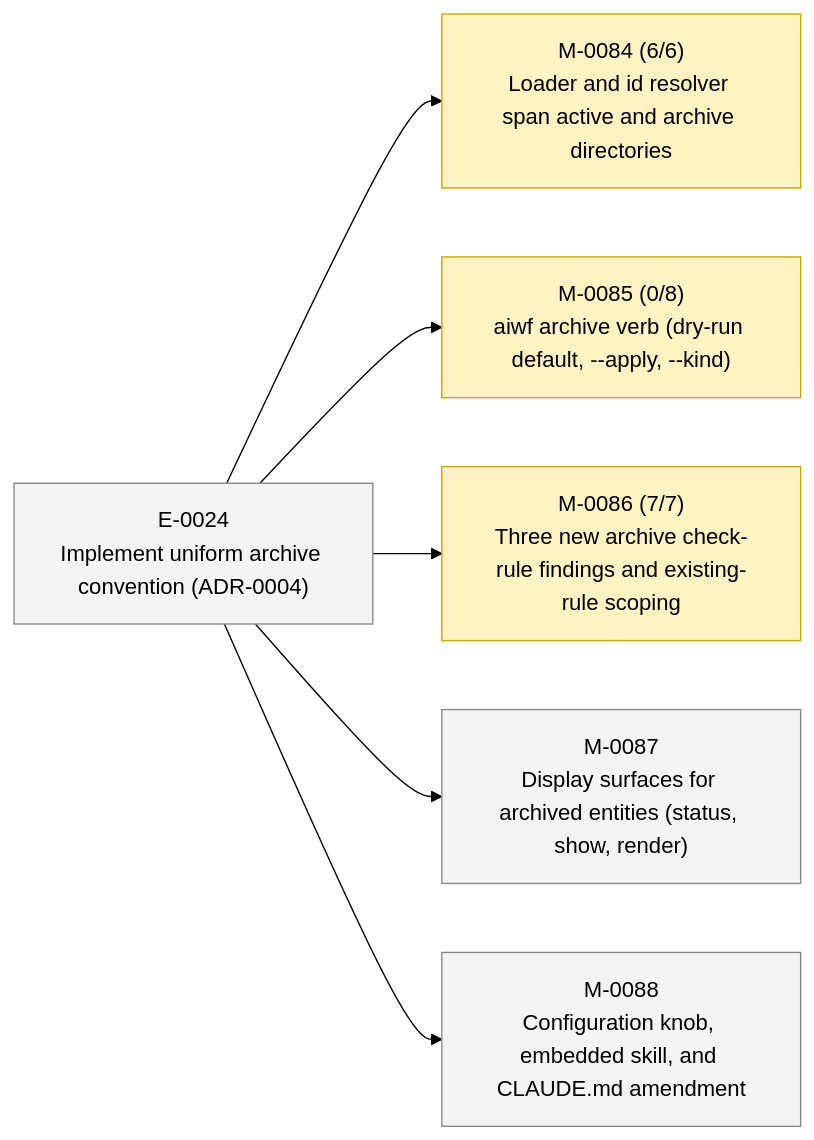
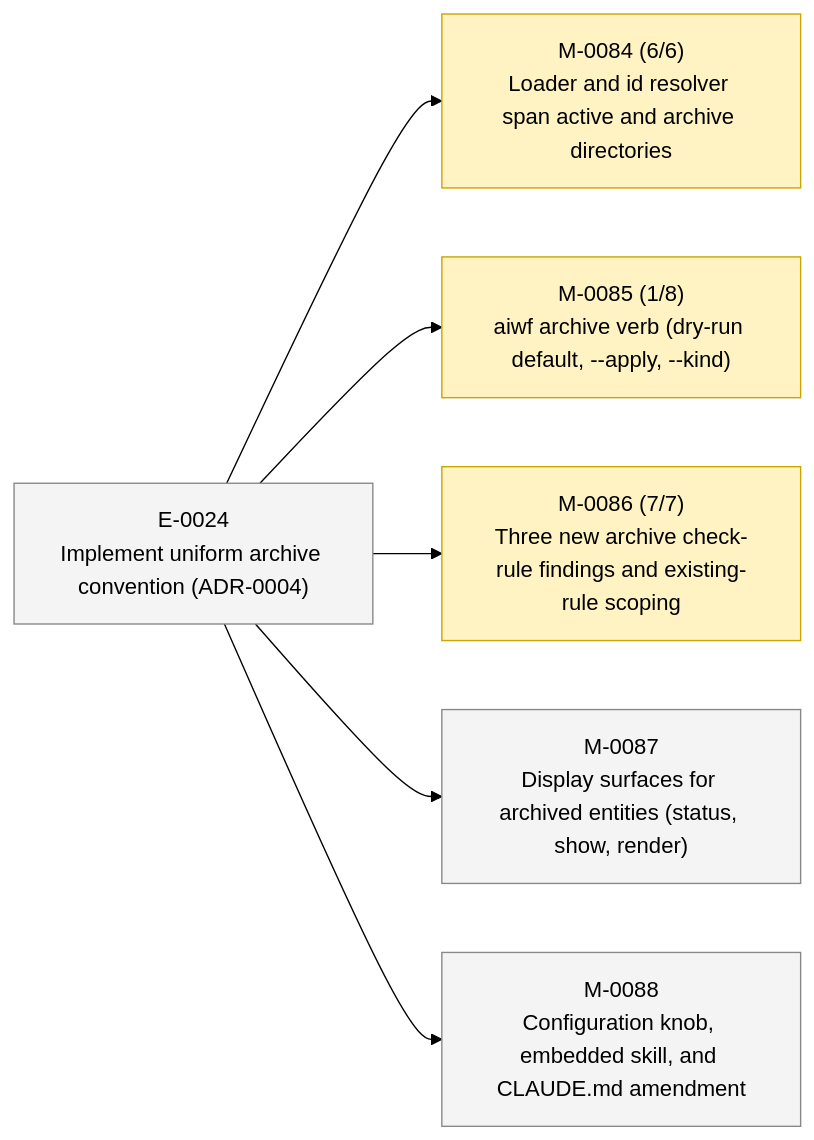
Before and after one commit to 23min/aiwf: the second of 2 diagrams in STATUS.md, drawn with Mermaid (forest theme). The commit also changed other lines of this file and 1 other file, not shown here.

First line of the commit message:
aiwf promote M-0085/AC-1 open -> met

````diff
--- a/STATUS.md
+++ b/STATUS.md
@@ -49,20 +49,20 @@
 ```mermaid
 flowchart LR
   E_0024["E-0024<br/>Implement uniform archive convention (ADR-0004)"]:::epic_proposed
   M_0084["M-0084 (6/6)<br/>Loader and id resolver span active and archive directories"]:::ms_in_progress
   E_0024 --> M_0084
-  M_0085["M-0085 (0/8)<br/>aiwf archive verb (dry-run default, --apply, --kind)"]:::ms_in_progress
+  M_0085["M-0085 (1/8)<br/>aiwf archive verb (dry-run default, --apply, --kind)"]:::ms_in_progress
   E_0024 --> M_0085
   M_0086["M-0086 (7/7)<br/>Three new archive check-rule findings and existing-rule scoping"]:::ms_in_progress
   E_0024 --> M_0086
   M_0087["M-0087<br/>Display surfaces for archived entities (status, show, render)"]:::ms_draft
   E_0024 --> M_0087
   M_0088["M-0088<br/>Configuration knob, embedded skill, and CLAUDE.md amendment"]:::ms_draft
   E_0024 --> M_0088
   classDef epic_active fill:#d6eaff,stroke:#1a73e8,color:#000
   classDef epic_proposed fill:#f4f4f4,stroke:#888,color:#000
   classDef ms_done fill:#d8f5d8,stroke:#2a8a2a,color:#000
   classDef ms_in_progress fill:#fff3c4,stroke:#caa400,color:#000
   classDef ms_draft fill:#f4f4f4,stroke:#888,color:#000
   classDef ms_cancelled fill:#fbeaea,stroke:#c33,color:#000
 ```
````
